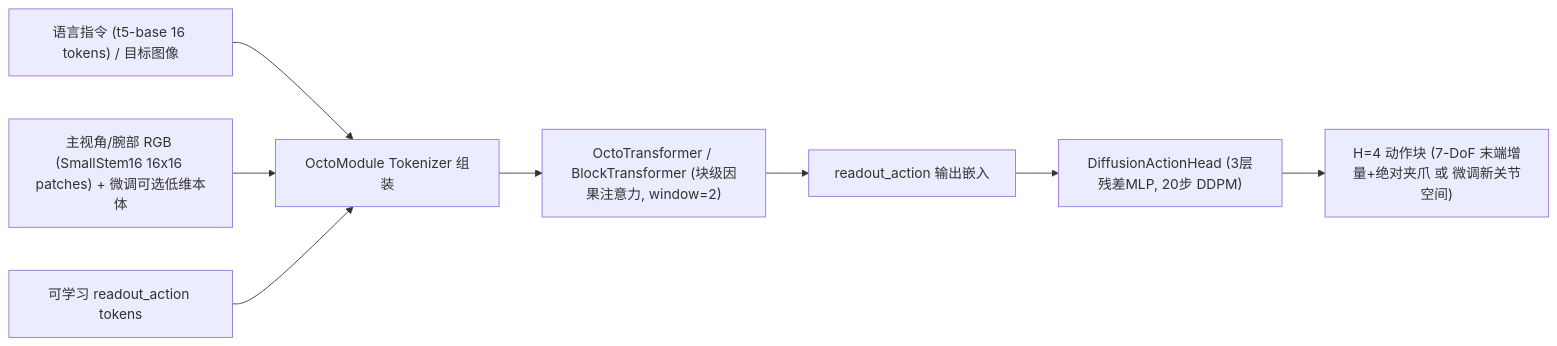
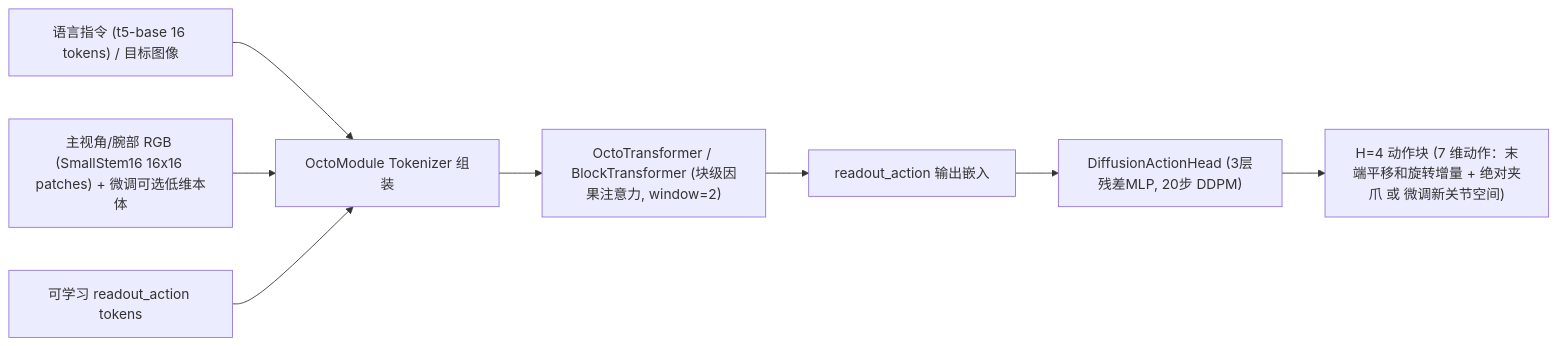
Before and after one commit to ImChong/Robotics_Notebooks: the first of 2 diagrams in wiki/entities/paper-octo.md, drawn with Mermaid. The commit also changed other lines of this file and 3 other files, not shown here.

````diff
--- a/wiki/entities/paper-octo.md
+++ b/wiki/entities/paper-octo.md
@@ -101,10 +101,10 @@
 ```mermaid
 flowchart LR
   lang["语言指令 (t5-base 16 tokens) / 目标图像"] --> tok["OctoModule Tokenizer 组装"]
   obs["主视角/腕部 RGB (SmallStem16 16x16 patches) + 微调可选低维本体"] --> tok
   ro["可学习 readout_action tokens"] --> tok
   tok --> bt["OctoTransformer / BlockTransformer (块级因果注意力, window=2)"]
   bt --> emb["readout_action 输出嵌入"]
   emb --> head["DiffusionActionHead (3层残差MLP, 20步 DDPM)"]
-  head --> act["H=4 动作块 (7-DoF 末端增量+绝对夹爪 或 微调新关节空间)"]
+  head --> act["H=4 动作块 (7 维动作：末端平移和旋转增量 + 绝对夹爪 或 微调新关节空间)"]
 ```
````
